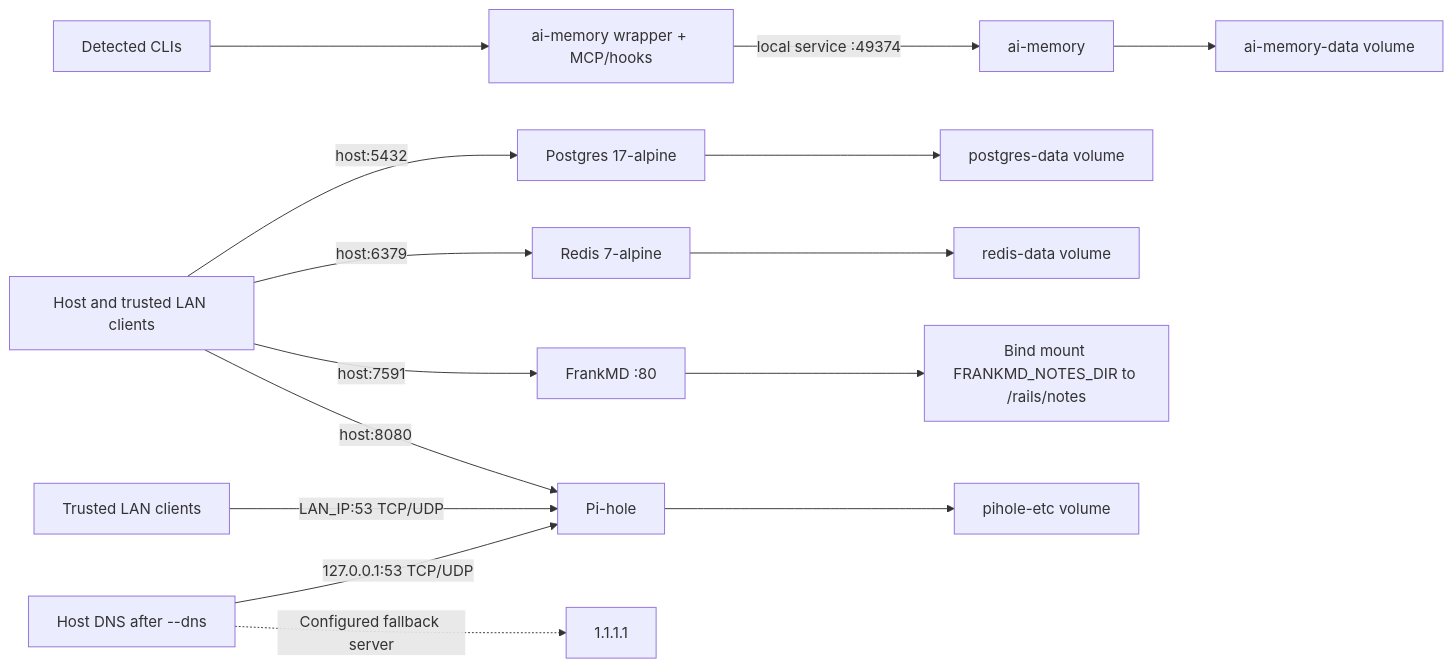
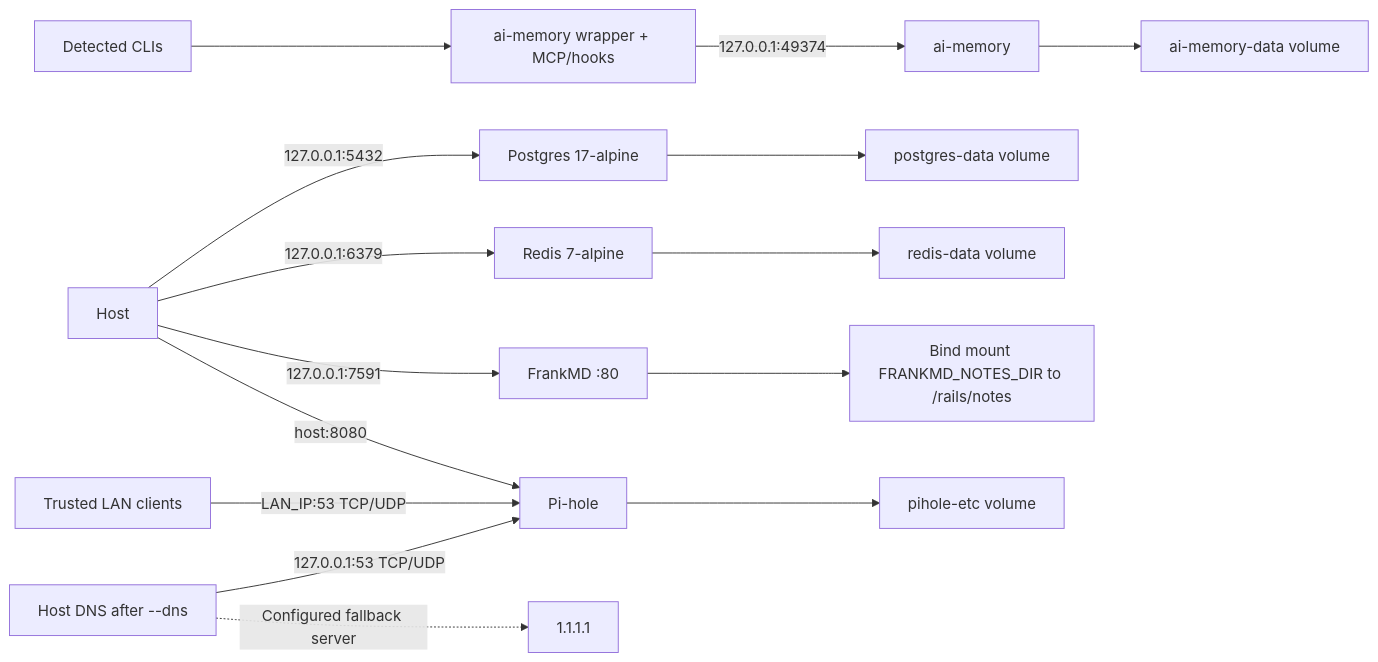
Before and after one commit to KitsuneSemCalda/Dotfiles: the seventh of 8 diagrams in SamsungBook-Np550xda/docs/architecture.md, drawn with Mermaid. The commit also changed other lines of this file and 6 other files, not shown here.

Commit message:
Fix dotfiles restore and local service exposure

````diff
--- a/SamsungBook-Np550xda/docs/architecture.md
+++ b/SamsungBook-Np550xda/docs/architecture.md
@@ -235,17 +235,17 @@
 ```mermaid
 flowchart LR
-  U["Host and trusted LAN clients"] -->|"host:5432"| PG["Postgres 17-alpine"]
-  U -->|"host:6379"| RE["Redis 7-alpine"]
-  U -->|"host:7591"| FM["FrankMD :80"]
+  U["Host"] -->|"127.0.0.1:5432"| PG["Postgres 17-alpine"]
+  U -->|"127.0.0.1:6379"| RE["Redis 7-alpine"]
+  U -->|"127.0.0.1:7591"| FM["FrankMD :80"]
   AG["Detected CLIs"] --> WR["ai-memory wrapper + MCP/hooks"]
-  WR -->|"local service :49374"| AI["ai-memory"]
+  WR -->|"127.0.0.1:49374"| AI["ai-memory"]
   DNS["Host DNS after --dns"] -->|"127.0.0.1:53 TCP/UDP"| PH["Pi-hole"]
   LAN["Trusted LAN clients"] -->|"LAN_IP:53 TCP/UDP"| PH
   DNS -.->|"Configured fallback server"| CF["1.1.1.1"]
   U -->|"host:8080"| PH
   PG --> PV["postgres-data volume"]
   RE --> RV["redis-data volume"]
   FM --> NV["Bind mount FRANKMD_NOTES_DIR to /rails/notes"]
   AI --> AV["ai-memory-data volume"]
   PH --> HV["pihole-etc volume"]
 ```
````
